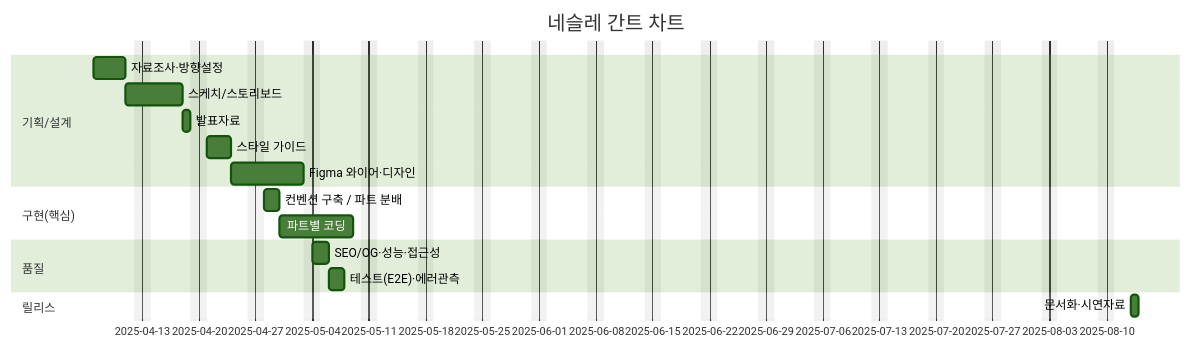
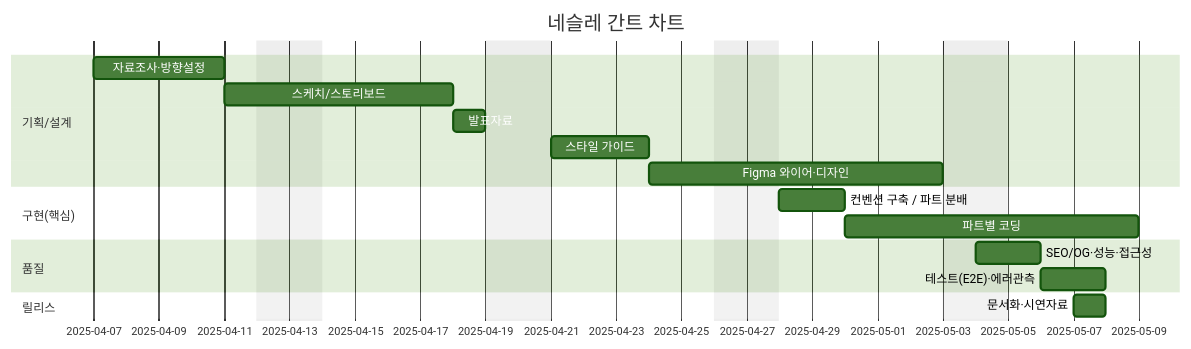
One commit to likerang/Renewal_project_Nestle changed the diagram in README.md. Above: the diagram before and after it, drawn with Mermaid (forest theme).

````diff
--- a/README.md
+++ b/README.md
@@ -38,28 +38,27 @@
 ```mermaid
 gantt
     title 네슬레 간트 차트
-    dateFormat  2025-05-06
+    dateFormat  YYYY-MM-DD
     excludes    weekends
 
 
     section 기획/설계
     자료조사·방향설정           :a1, 2025-04-07, 4d
     스케치/스토리보드           :a2, after a1, 5d
     발표자료                   :a3, after a2, 1d
     스타일 가이드              :a4, after a3, 3d
     Figma 와이어·디자인        :a5, after a4, 7d
 
 
     section 구현(핵심)
     컨벤션 구축 / 파트 분배     :b1, 2025-04-28, 2d
     파트별 코딩           :b2, after b1, 7d
 
 
     section 품질
     SEO/OG·성능·접근성         :c1, 2025-05-04, 2d
     테스트(E2E)·에러관측       :c2, after c1, 2d
 
-
     section 릴리스
-    문서화·시연자료 :d1, 2025-05-06, 1d
+    문서화·시연자료 :d1, 2025-05-07, 1d
 ```
````
